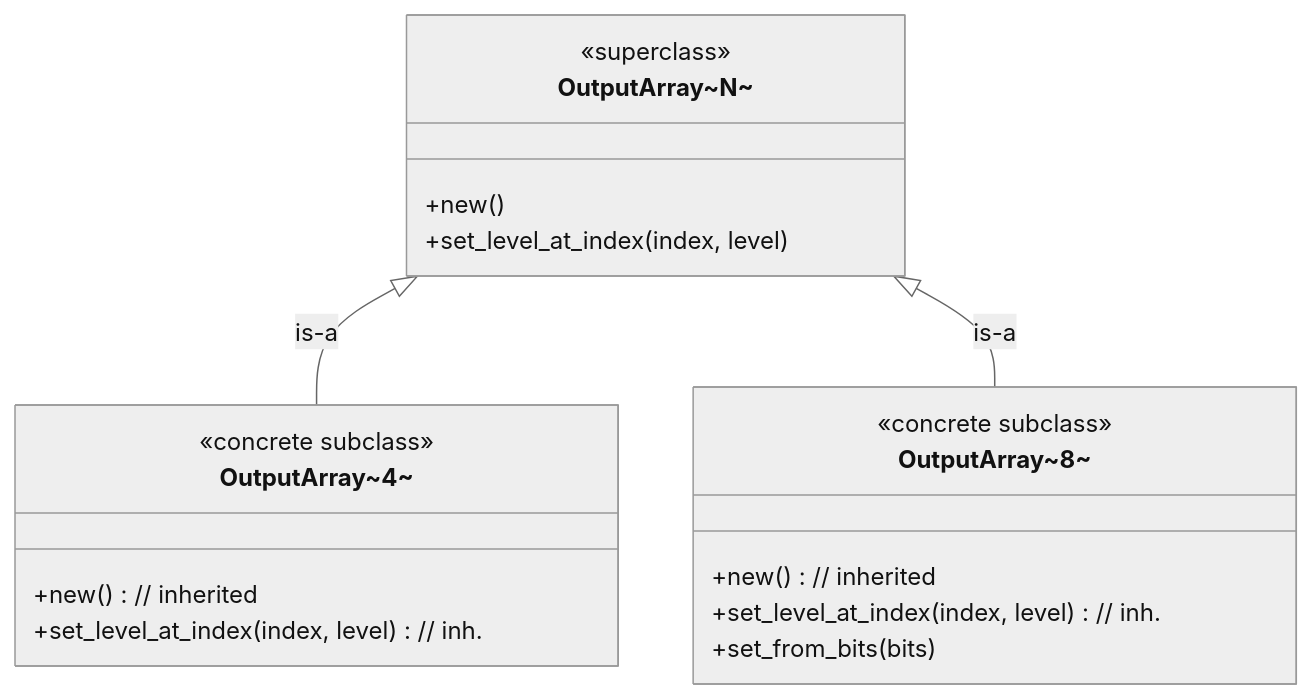
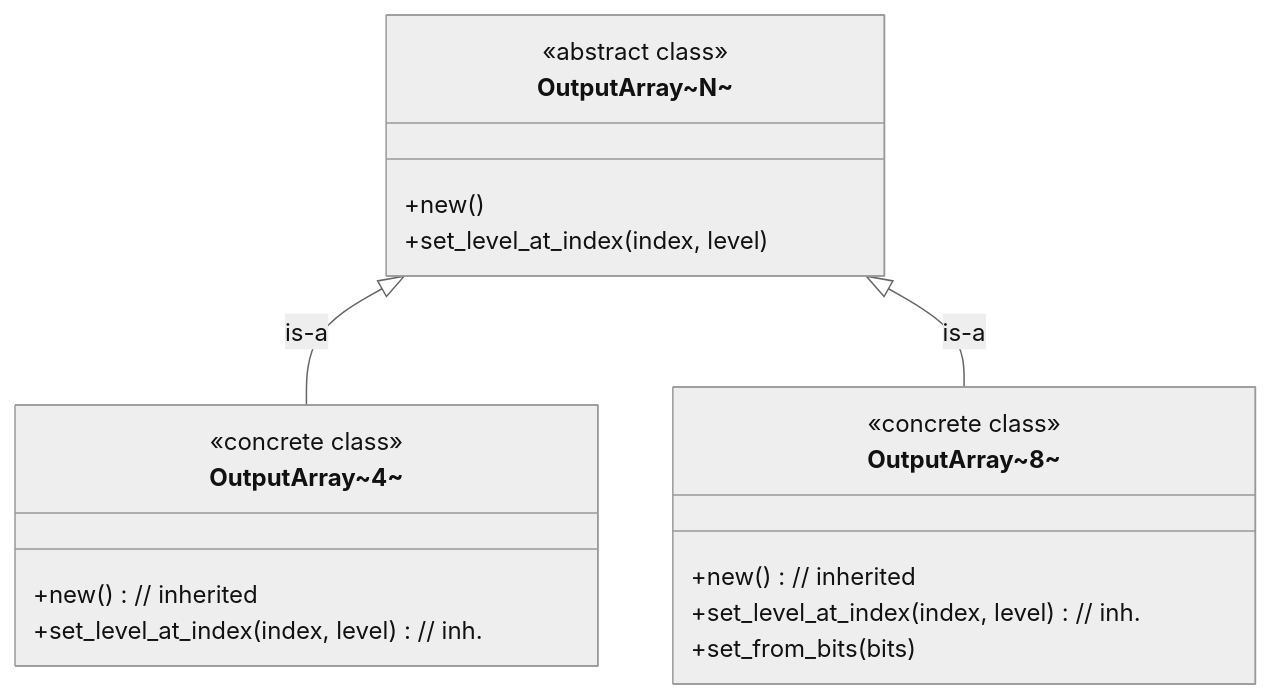
The diagram in examples/8_puzzle.md (CarlKCarlK/inherit), drawn with Mermaid (neutral theme) before and after one commit. The commit also changed 8 other files, not shown here.

````diff
--- a/examples/8_puzzle.md
+++ b/examples/8_puzzle.md
@@ -5,27 +5,27 @@
 ```mermaid
 classDiagram
     direction TB
 
     class OutputArrayN["OutputArray~N~"] {
-        <<superclass>>
+        <<abstract class>>
         +new()
         +set_level_at_index(index, level)
     }
 
     class OutputArray4["OutputArray~4~"] {
-        <<concrete subclass>>
+        <<concrete class>>
         +new() // inherited
         +set_level_at_index(index, level) // inh.
     }
 
     class OutputArray8["OutputArray~8~"] {
-        <<concrete subclass>>
+        <<concrete class>>
         +new() // inherited
         +set_level_at_index(index, level) // inh.
         +set_from_bits(bits)
     }
 
 
     OutputArrayN <|-- OutputArray4 : is-a
     OutputArrayN <|-- OutputArray8 : is-a
 ```
````
